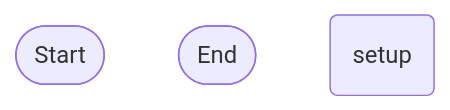
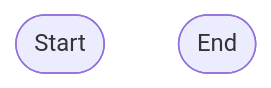
The second of 2 diagrams in logic.md (Deltace05/SmartDog), drawn with Mermaid before and after one commit.

````diff
--- a/logic.md
+++ b/logic.md
@@ -52,10 +52,9 @@
 ```mermaid
 flowchart TD
 terminalStart([Start])
 terminalEnd([End])
-setStartUP(setup)
 
 
 
 
 ```
````
